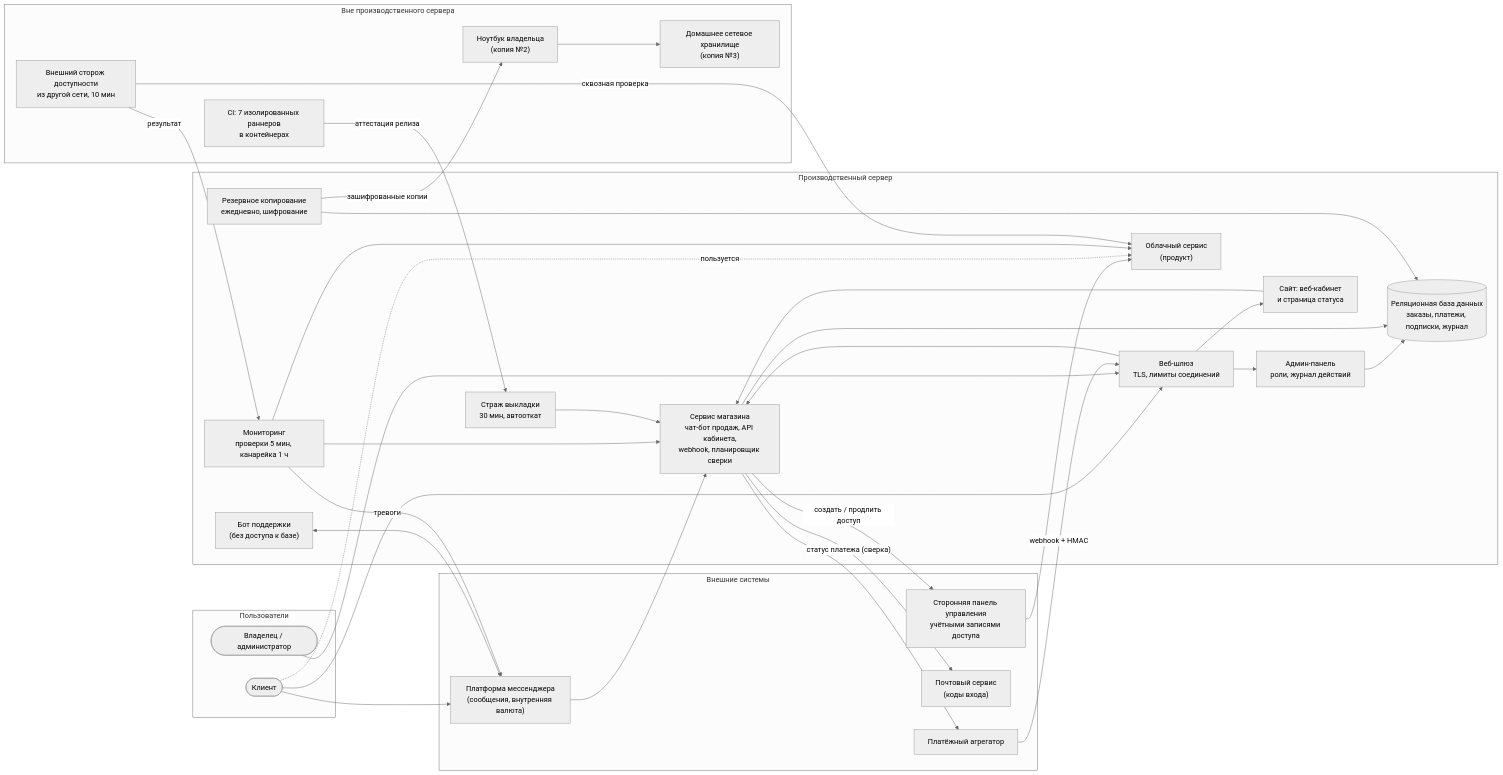
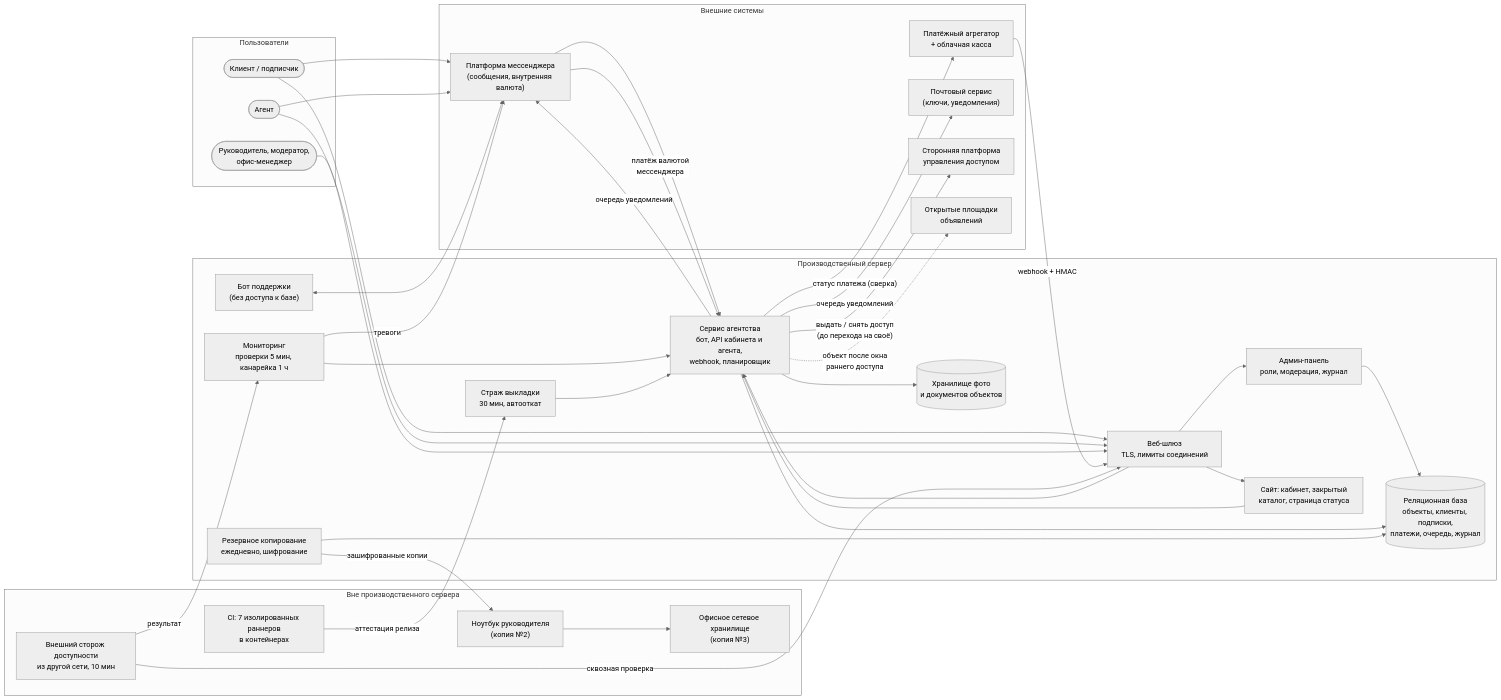
Before and after one commit to Dv2Corn/kursovaya: the first of 2 diagrams in docs/04-arhitektura.md, drawn with Mermaid (neutral theme). The commit also changed other lines of this file and 4 other files, not shown here.

Commit message:
Курсовая под кейс «Квартирант плюс»: README, введение со сменой бизнес-модели, анализ «как есть», целевые процессы и архитектура со схемами

````diff
--- a/docs/04-arhitektura.md
+++ b/docs/04-arhitektura.md
@@ -25,55 +31,60 @@
 ```mermaid
 flowchart LR
     subgraph Users["Пользователи"]
-        CL(["Клиент"])
-        OW(["Владелец / администратор"])
+        CL(["Клиент / подписчик"])
+        AG(["Агент"])
+        OW(["Руководитель, модератор,<br/>офис-менеджер"])
     end
 
     subgraph Ext["Внешние системы"]
         MSG["Платформа мессенджера<br/>(сообщения, внутренняя валюта)"]
-        PSP["Платёжный агрегатор"]
-        MAIL["Почтовый сервис<br/>(коды входа)"]
-        VEND["Сторонняя панель управления<br/>учётными записями доступа"]
+        PSP["Платёжный агрегатор<br/>+ облачная касса"]
+        MAIL["Почтовый сервис<br/>(ключи, уведомления)"]
+        VEND["Сторонняя платформа<br/>управления доступом"]
+        BOARDS["Открытые площадки<br/>объявлений"]
     end
 
     subgraph Prod["Производственный сервер"]
         GW["Веб-шлюз<br/>TLS, лимиты соединений"]
-        BOT["Сервис магазина<br/>чат-бот продаж, API кабинета,<br/>webhook, планировщик сверки"]
+        SVC["Сервис агентства<br/>бот, API кабинета и агента,<br/>webhook, планировщик"]
         SUP["Бот поддержки<br/>(без доступа к базе)"]
-        ADM["Админ-панель<br/>роли, журнал действий"]
-        SITE["Сайт: веб-кабинет<br/>и страница статуса"]
-        DB[("Реляционная база данных<br/>заказы, платежи, подписки, журнал")]
-        CLOUD["Облачный сервис<br/>(продукт)"]
+        ADM["Админ-панель<br/>роли, модерация, журнал"]
+        SITE["Сайт: кабинет, закрытый<br/>каталог, страница статуса"]
+        DB[("Реляционная база<br/>объекты, клиенты, подписки,<br/>платежи, очередь, журнал")]
+        FILES[("Хранилище фото<br/>и документов объектов")]
         MON["Мониторинг<br/>проверки 5 мин, канарейка 1 ч"]
         GUARD["Страж выкладки<br/>30 мин, автооткат"]
         BK["Резервное копирование<br/>ежедневно, шифрование"]
     end
 
     subgraph Out["Вне производственного сервера"]
         CI["CI: 7 изолированных раннеров<br/>в контейнерах"]
         WATCH["Внешний сторож доступности<br/>из другой сети, 10 мин"]
-        NB["Ноутбук владельца<br/>(копия №2)"]
-        NAS["Домашнее сетевое хранилище<br/>(копия №3)"]
+        NB["Ноутбук руководителя<br/>(копия №2)"]
+        NAS["Офисное сетевое хранилище<br/>(копия №3)"]
     end
 
-    CL --> MSG --> BOT
-    CL --> GW --> SITE
-    SITE --> BOT
+    CL --> MSG --> SVC
+    CL --> GW --> SITE --> SVC
+    AG --> GW
+    AG --> MSG
     OW --> GW --> ADM --> DB
-    PSP -- "webhook + HMAC" --> GW --> BOT
-    BOT -- "статус платежа (сверка)" --> PSP
-    BOT --> MAIL
-    BOT --> DB
-    BOT -- "создать / продлить доступ" --> VEND --> CLOUD
-    CL -. "пользуется" .-> CLOUD
+    PSP -- "webhook + HMAC" --> GW --> SVC
+    MSG -- "платёж валютой<br/>мессенджера" --> SVC
+    SVC -- "статус платежа (сверка)" --> PSP
+    SVC --> DB
+    SVC --> FILES
+    SVC -- "очередь уведомлений" --> MAIL
+    SVC -- "очередь уведомлений" --> MSG
+    SVC -- "выдать / снять доступ<br/>(до перехода на своё)" --> VEND
+    SVC -. "объект после окна<br/>раннего доступа" .-> BOARDS
     SUP <--> MSG
-    MON --> BOT
-    MON --> CLOUD
+    MON --> SVC
     MON -- "тревоги" --> MSG
-    WATCH -- "сквозная проверка" --> CLOUD
+    WATCH -- "сквозная проверка" --> GW
     WATCH -- "результат" --> MON
-    GUARD --> BOT
+    GUARD --> SVC
     BK --> DB
     BK -- "зашифрованные копии" --> NB --> NAS
     CI -- "аттестация релиза" --> GUARD
 ```
````
